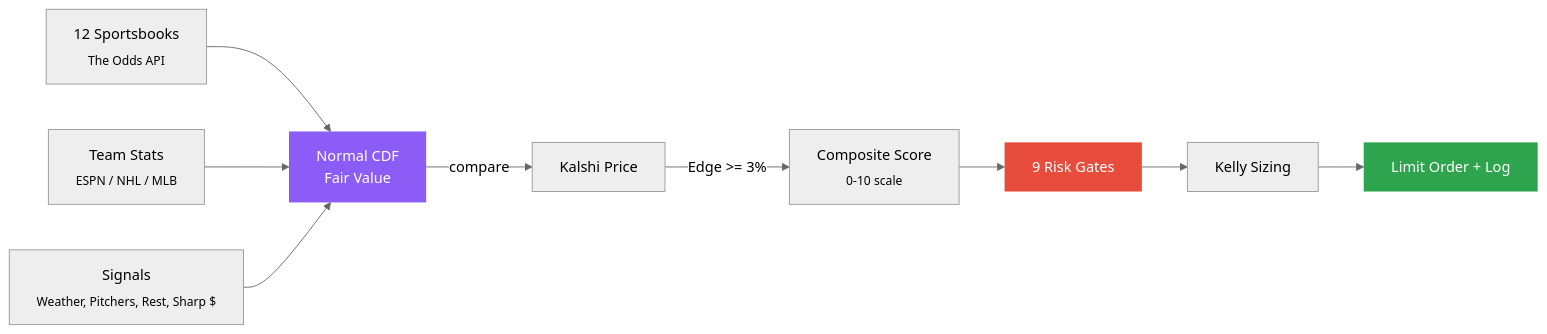
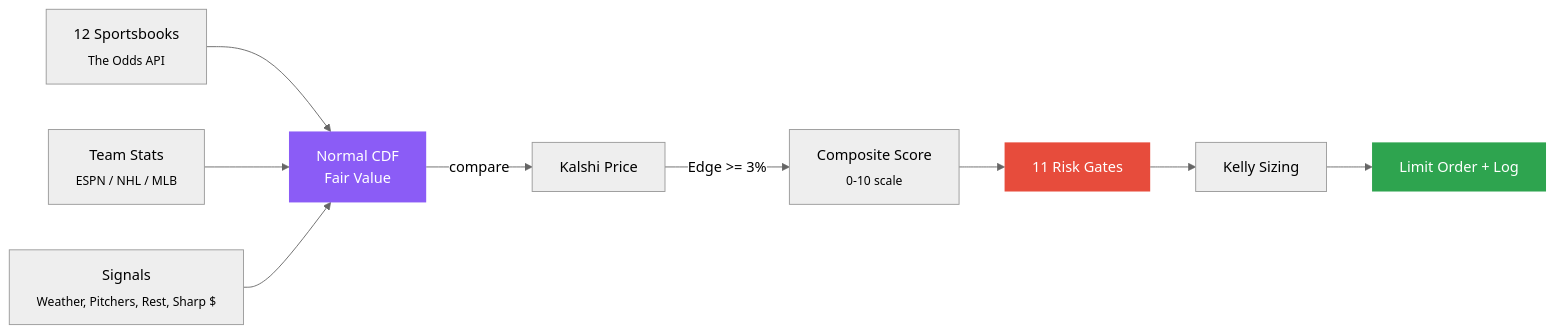
One commit to michaelschecht/Edge-Radar changed the diagram in README.md. Above: the diagram before and after it, drawn with Mermaid (neutral theme). The commit also changed other lines of this file and 8 other files, not shown here.

````diff
--- a/README.md
+++ b/README.md
@@ -81,15 +81,15 @@
 ```mermaid
 graph LR
     A["12 Sportsbooks<br><sub>The Odds API</sub>"] --> D["Normal CDF<br>Fair Value"]
     B["Team Stats<br><sub>ESPN / NHL / MLB</sub>"] --> D
     C["Signals<br><sub>Weather, Pitchers, Rest, Sharp $</sub>"] --> D
     D -->|"compare"| E["Kalshi Price"]
     E -->|"Edge >= 3%"| F["Composite Score<br><sub>0-10 scale</sub>"]
-    F --> G["9 Risk Gates"]
+    F --> G["11 Risk Gates"]
     G --> H["Kelly Sizing"]
     H --> I["Limit Order + Log"]
 
     style D fill:#8B5CF6,color:#fff,stroke:none
     style G fill:#e74c3c,color:#fff,stroke:none
     style I fill:#2ea44f,color:#fff,stroke:none
 ```
````
